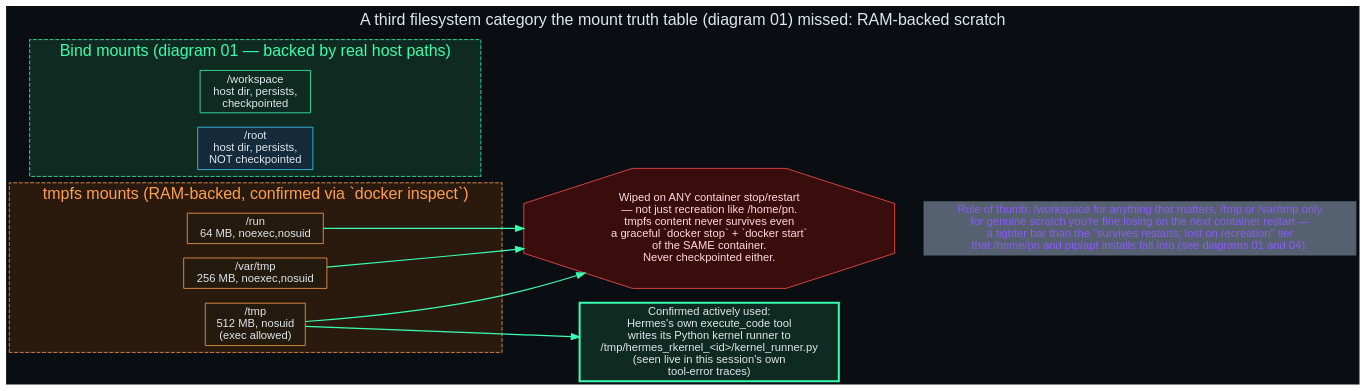
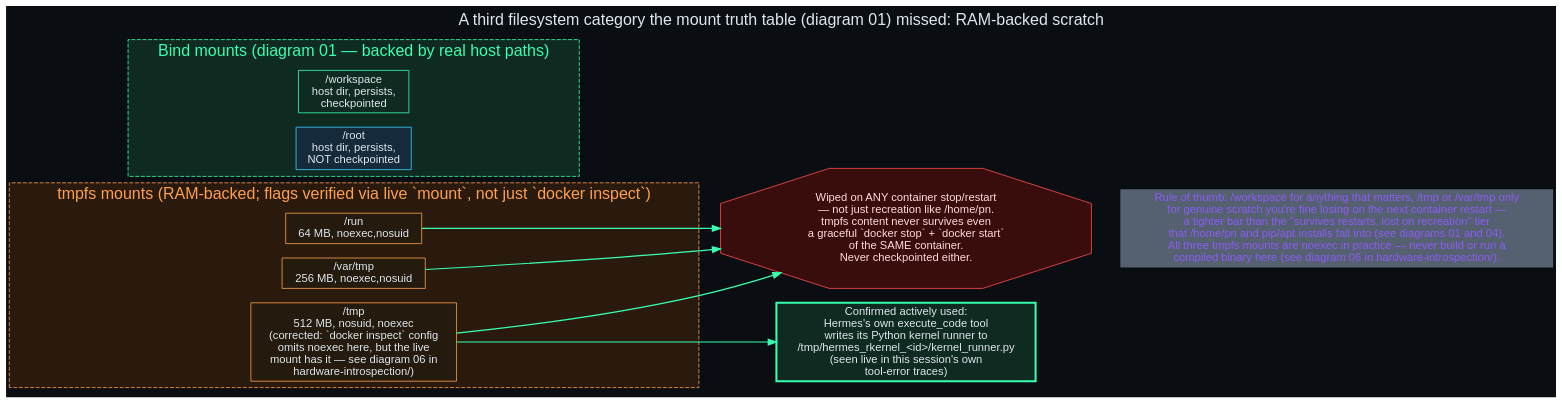
The diagram in sandbox-reference/diagrams/07_tmpfs_scratch_mounts.dot (danindiana/hermes-gpu-docker-architecture), drawn with Graphviz before and after one commit. The commit also changed 9 other files, not shown here.

```diff
--- a/sandbox-reference/diagrams/07_tmpfs_scratch_mounts.dot
+++ b/sandbox-reference/diagrams/07_tmpfs_scratch_mounts.dot
@@ -1,39 +1,39 @@
 digraph TmpfsScratchMounts {
   rankdir=LR;
   bgcolor="#0a0e12";
   fontname="Helvetica";
   fontcolor="#dfe6ee";
   label="A third filesystem category the mount truth table (diagram 01) missed: RAM-backed scratch";
   labelloc="t";
   fontsize=20;
   node [style=filled, fontname="Helvetica", fontcolor="#dfe6ee", shape=box, color="#556070"];
   edge [color="#39ffb0", fontcolor="#ffa93a", fontname="Helvetica", penwidth=1.5];
 
   subgraph cluster_bind {
     label="Bind mounts (diagram 01 — backed by real host paths)"; fontcolor="#39ffb0"; color="#39ffb0"; style=dashed; bgcolor="#0f2a20";
     ws [fillcolor="#0f2a20", color="#39ffb0", label="/workspace\nhost dir, persists,\ncheckpointed"];
     root [fillcolor="#152a3a", color="#39d0ff", label="/root\nhost dir, persists,\nNOT checkpointed"];
   }
 
   subgraph cluster_tmpfs {
-    label="tmpfs mounts (RAM-backed, confirmed via `docker inspect`)"; fontcolor="#ff9f4d"; color="#ff9f4d"; style=dashed; bgcolor="#2a1a0d";
-    tmp [fillcolor="#241a0d", color="#ff9f4d", label="/tmp\n512 MB, nosuid\n(exec allowed)"];
+    label="tmpfs mounts (RAM-backed; flags verified via live `mount`, not just `docker inspect`)"; fontcolor="#ff9f4d"; color="#ff9f4d"; style=dashed; bgcolor="#2a1a0d";
+    tmp [fillcolor="#241a0d", color="#ff9f4d", label="/tmp\n512 MB, nosuid, noexec\n(corrected: `docker inspect` config\nomits noexec here, but the live\nmount has it — see diagram 06 in\nhardware-introspection/)"];
     vartmp [fillcolor="#241a0d", color="#ff9f4d", label="/var/tmp\n256 MB, noexec,nosuid"];
     run [fillcolor="#241a0d", color="#ff9f4d", label="/run\n64 MB, noexec,nosuid"];
   }
 
   used [fillcolor="#0f2a20", color="#39ffb0", penwidth=2.5,
         label="Confirmed actively used:\nHermes's own execute_code tool\nwrites its Python kernel runner to\n/tmp/hermes_rkernel_<id>/kernel_runner.py\n(seen live in this session's own\ntool-error traces)"];
   tmp -> used;
 
   gone [shape=octagon, fillcolor="#3a0d0d", color="#ff4d4d", fontcolor="#ffdada",
         label="Wiped on ANY container stop/restart\n— not just recreation like /home/pn.\ntmpfs content never survives even\na graceful `docker stop` + `docker start`\nof the SAME container.\nNever checkpointed either."];
   tmp -> gone;
   vartmp -> gone;
   run -> gone;
 
   rule [shape=plaintext, fontcolor="#8b5cf6",
-        label="Rule of thumb: /workspace for anything that matters, /tmp or /var/tmp only\nfor genuine scratch you're fine losing on the next container restart —\na tighter bar than the \"survives restarts, lost on recreation\" tier\nthat /home/pn and pip/apt installs fall into (see diagrams 01 and 04)."];
+        label="Rule of thumb: /workspace for anything that matters, /tmp or /var/tmp only\nfor genuine scratch you're fine losing on the next container restart —\na tighter bar than the \"survives restarts, lost on recreation\" tier\nthat /home/pn and pip/apt installs fall into (see diagrams 01 and 04).\nAll three tmpfs mounts are noexec in practice — never build or run a\ncompiled binary here (see diagram 06 in hardware-introspection/)."];
   gone -> rule [style=invis];
   ws -> gone [style=invis];
 }
```
